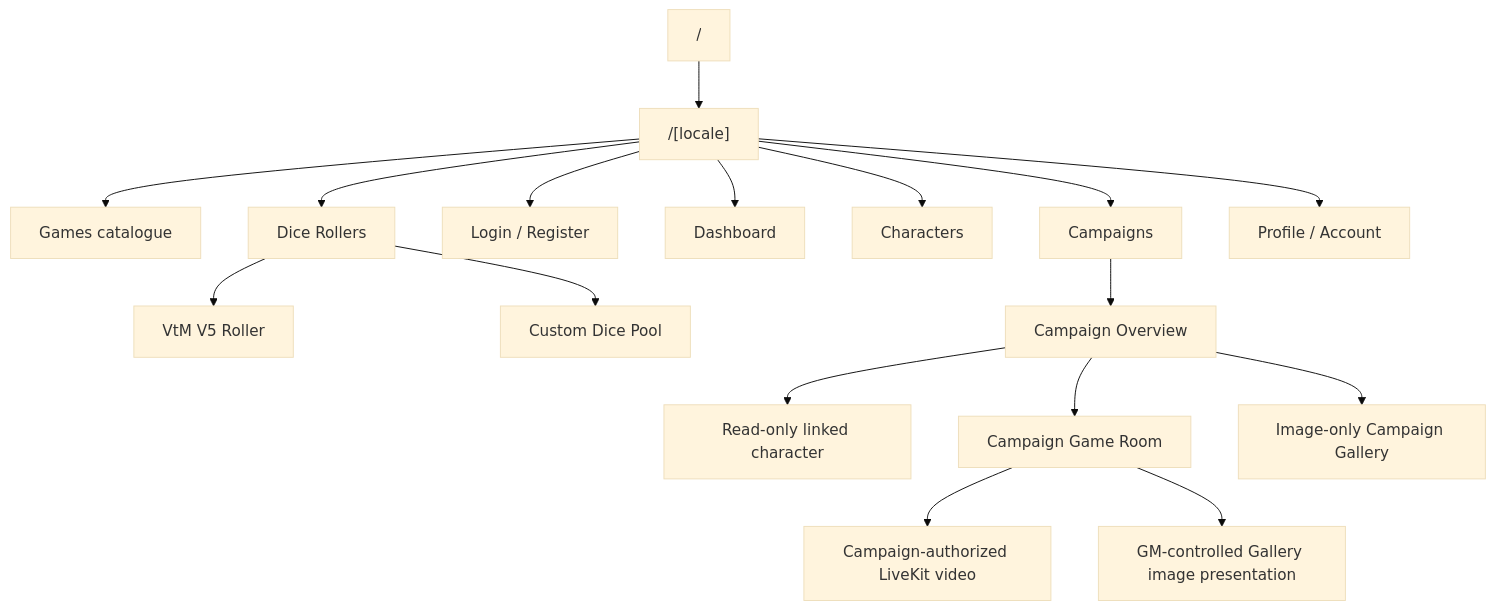
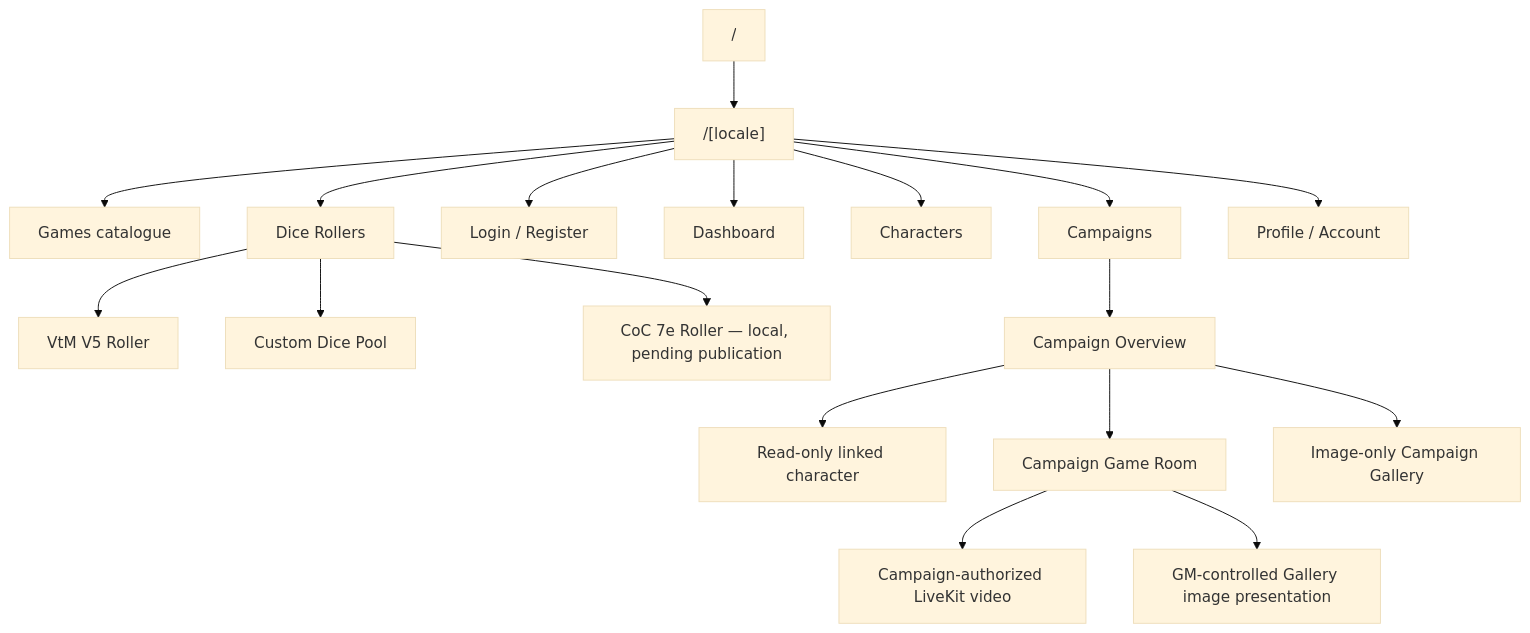
Before and after one commit to Andrey-0101/ttrpg-website: the first of 2 diagrams in docs/product/SITE_MAP.md, drawn with Mermaid (base theme). The commit also changed other lines of this file and 51 other files, not shown here.

Commit message:
Implement Call of Cthulhu personal dice roller (#46)

````diff
--- a/docs/product/SITE_MAP.md
+++ b/docs/product/SITE_MAP.md
@@ -9,19 +9,20 @@
 ```mermaid
 flowchart TD
     ROOT["/"] --> LOCALE["/[locale]"]
     LOCALE --> GAMES["Games catalogue"]
     LOCALE --> DICE["Dice Rollers"]
     LOCALE --> AUTH["Login / Register"]
     LOCALE --> DASHBOARD["Dashboard"]
     LOCALE --> CHARACTERS["Characters"]
     LOCALE --> CAMPAIGNS["Campaigns"]
     LOCALE --> PROFILE["Profile / Account"]
     DICE --> VTM_DICE["VtM V5 Roller"]
     DICE --> CUSTOM_DICE["Custom Dice Pool"]
+    DICE --> COC_DICE["CoC 7e Roller — local, pending publication"]
     CAMPAIGNS --> CAMPAIGN["Campaign Overview"]
     CAMPAIGN --> SHARED_CHARACTER["Read-only linked character"]
     CAMPAIGN --> GAME_ROOM["Campaign Game Room"]
     CAMPAIGN --> GALLERY["Image-only Campaign Gallery"]
     GAME_ROOM --> VIDEO["Campaign-authorized LiveKit video"]
     GAME_ROOM --> DISPLAY["GM-controlled Gallery image presentation"]
 ```
````
